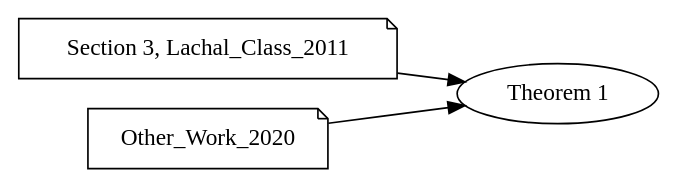
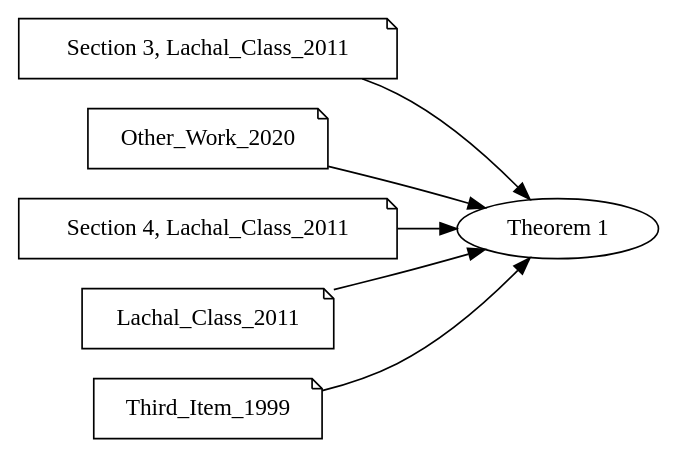
The diagram in examples/natbibcite/reference.dot (PierreSenellart/proofgraph), drawn with Graphviz before and after one commit. The commit also changed 4 other files, not shown here.

```diff
--- a/examples/natbibcite/reference.dot
+++ b/examples/natbibcite/reference.dot
@@ -1,8 +1,14 @@
 digraph proofgraph {
   rankdir="LR";
   "n1" [label="Theorem 1"];
   "c@1" [label="Section 3, Lachal_Class_2011",shape=note];
   "c@1" -> "n1";
   "c@2" [label="Other_Work_2020",shape=note];
   "c@2" -> "n1";
+  "c@3" [label="Section 4, Lachal_Class_2011",shape=note];
+  "c@3" -> "n1";
+  "c@4" [label="Lachal_Class_2011",shape=note];
+  "c@4" -> "n1";
+  "c@5" [label="Third_Item_1999",shape=note];
+  "c@5" -> "n1";
 }
```
